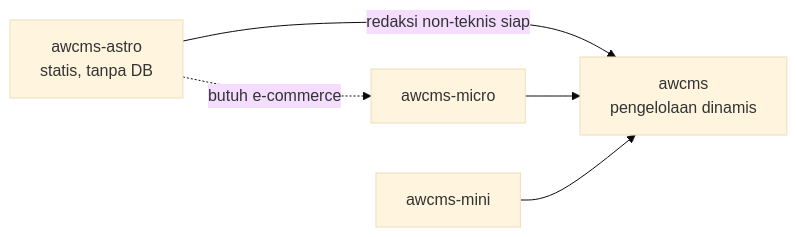
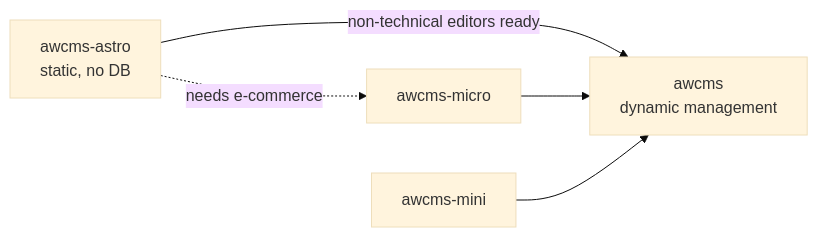
The diagram in docs/awcms-astro/README.md (ahliweb/awcms-astro), drawn with Mermaid (base theme) before and after one commit. The commit also changed other lines of this file and 14 other files, not shown here.

````diff
--- a/docs/awcms-astro/README.md
+++ b/docs/awcms-astro/README.md
@@ -40,7 +42,7 @@
 ```mermaid
 flowchart LR
-  Astro["awcms-astro<br/>statis, tanpa DB"] -->|redaksi non-teknis siap| Awcms["awcms<br/>pengelolaan dinamis"]
-  Astro -.->|butuh e-commerce| Micro["awcms-micro"]
+  Astro["awcms-astro<br/>static, no DB"] -->|non-technical editors ready| Awcms["awcms<br/>dynamic management"]
+  Astro -.->|needs e-commerce| Micro["awcms-micro"]
   Micro --> Awcms
   Mini["awcms-mini"] --> Awcms
 ```
````
